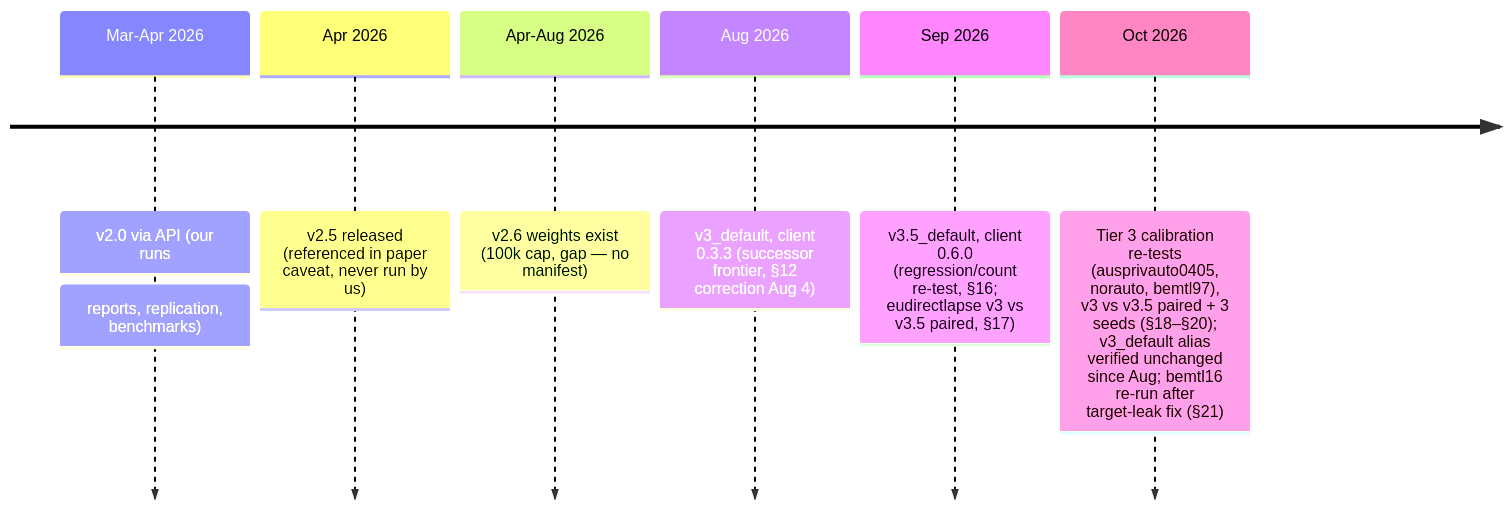
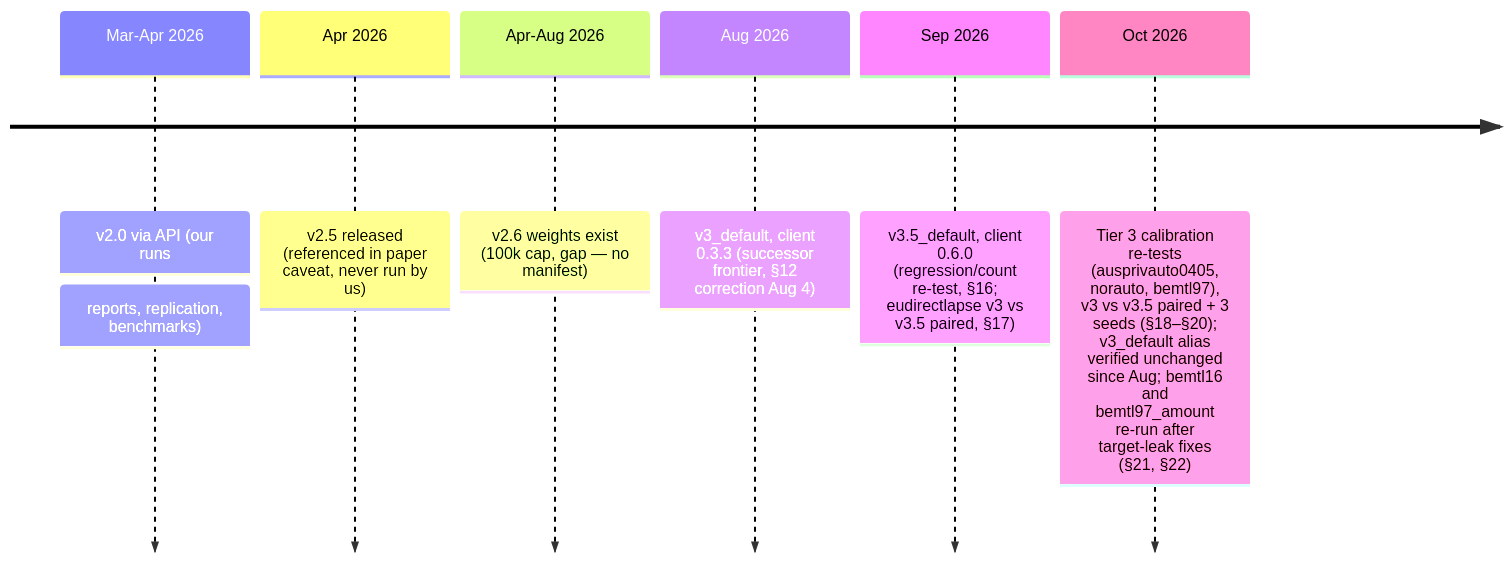
The diagram in docs/MODEL_VERSIONS.md (IFoA-ADSWP/tabular-foundation-model), drawn with Mermaid before and after one commit. The commit also changed other lines of this file and 23 other files, not shown here.

````diff
--- a/docs/MODEL_VERSIONS.md
+++ b/docs/MODEL_VERSIONS.md
@@ -25,9 +26,9 @@
 ```mermaid
 timeline
     Mar-Apr 2026 : v2.0 via API (our runs: reports, replication, benchmarks)
     Apr 2026 : v2.5 released (referenced in paper caveat, never run by us)
     Apr-Aug 2026 : v2.6 weights exist (100k cap, gap — no manifest)
     Aug 2026 : v3_default, client 0.3.3 (successor frontier, §12 correction Aug 4)
     Sep 2026 : v3.5_default, client 0.6.0 (regression/count re-test, §16; eudirectlapse v3 vs v3.5 paired, §17)
-    Oct 2026 : Tier 3 calibration re-tests (ausprivauto0405, norauto, bemtl97), v3 vs v3.5 paired + 3 seeds (§18–§20); v3_default alias verified unchanged since Aug; bemtl16 re-run after target-leak fix (§21)
+    Oct 2026 : Tier 3 calibration re-tests (ausprivauto0405, norauto, bemtl97), v3 vs v3.5 paired + 3 seeds (§18–§20); v3_default alias verified unchanged since Aug; bemtl16 and bemtl97_amount re-run after target-leak fixes (§21, §22)
 ```
````
